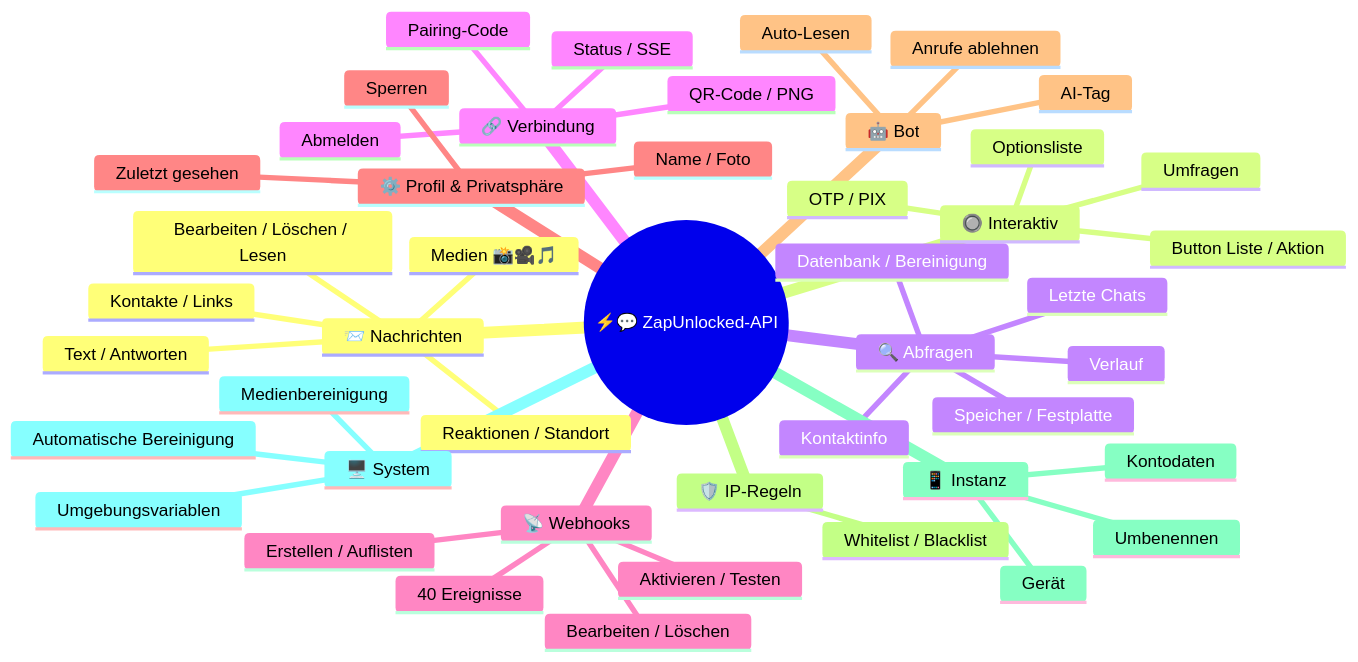
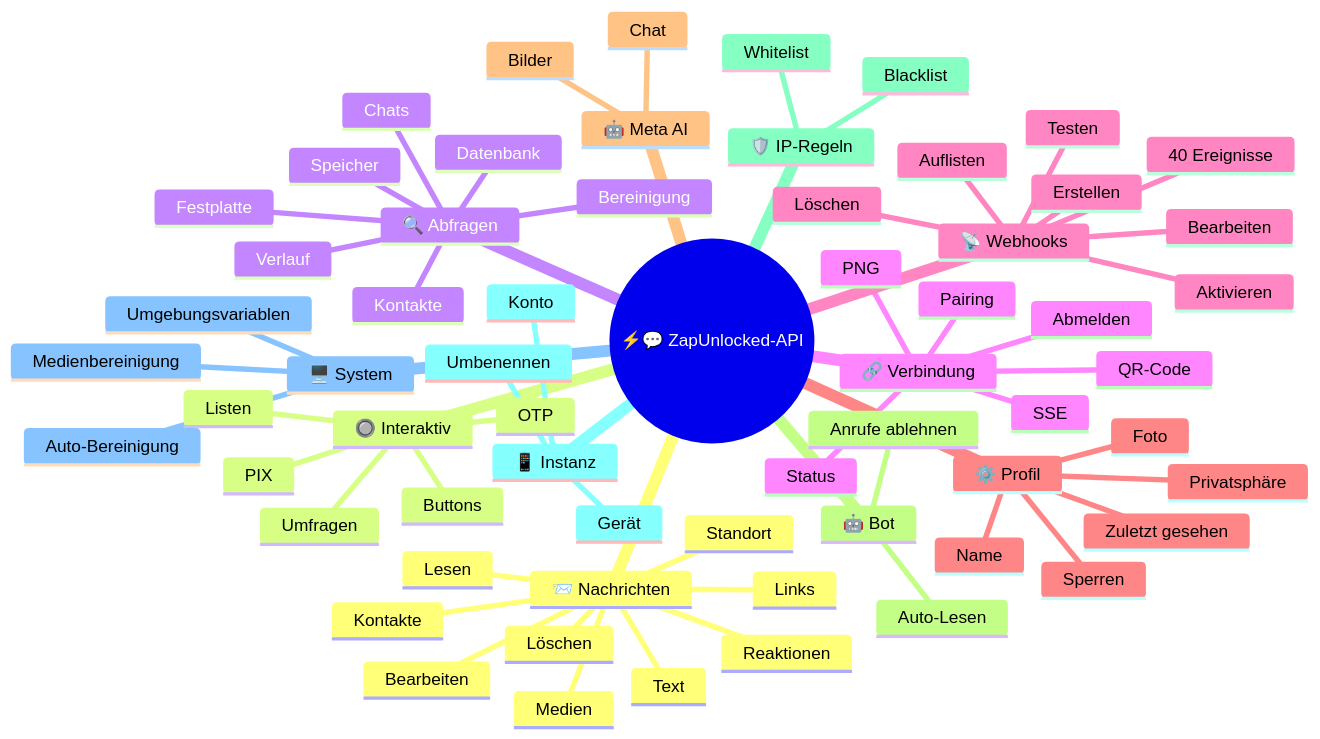
Before and after one commit to kauafpssx/ZapUnlocked-API: the first of 2 diagrams in docs/translations/de.md, drawn with Mermaid. The commit also changed other lines of this file and 12 other files, not shown here.

````diff
--- a/docs/translations/de.md
+++ b/docs/translations/de.md
@@ -55,49 +56,75 @@
 ```mermaid
 mindmap
   root((⚡💬 ZapUnlocked-API))
     📨 Nachrichten
-      Text / Antworten
-      Medien 📸🎥🎵
-      Reaktionen / Standort
-      Kontakte / Links
-      Bearbeiten / Löschen / Lesen
+      Text
+      Medien
+      Reaktionen
+      Standort
+      Kontakte
+      Links
+      Bearbeiten
+      Löschen
+      Lesen
+
     🔘 Interaktiv
-      Button Liste / Aktion
-      OTP / PIX
-      Optionsliste
+      Buttons
+      Listen
+      OTP
+      PIX
       Umfragen
+
     🔍 Abfragen
-      Kontaktinfo
+      Kontakte
       Verlauf
-      Letzte Chats
-      Speicher / Festplatte
-      Datenbank / Bereinigung
+      Chats
+      Speicher
+      Festplatte
+      Datenbank
+      Bereinigung
+
     🔗 Verbindung
-      Status / SSE
-      QR-Code / PNG
-      Pairing-Code
+      Status
+      SSE
+      QR-Code
+      PNG
+      Pairing
       Abmelden
+
     📡 Webhooks
-       Erstellen / Auflisten
-       Bearbeiten / Löschen
-       Aktivieren / Testen
-       40 Ereignisse
-    ⚙️ Profil & Privatsphäre
-      Name / Foto
+      Erstellen
+      Auflisten
+      Bearbeiten
+      Löschen
+      Aktivieren
+      Testen
+      40 Ereignisse
+
+    ⚙️ Profil
+      Name
+      Foto
+      Privatsphäre
       Zuletzt gesehen
       Sperren
+
+    🤖 Meta AI
+      Chat
+      Bilder
     🤖 Bot
-      AI-Tag
+      Auto-Lesen
       Anrufe ablehnen
-      Auto-Lesen
+
     🛡️ IP-Regeln
-      Whitelist / Blacklist
+      Whitelist
+      Blacklist
+
     📱 Instanz
-      Kontodaten
+      Konto
       Gerät
       Umbenennen
+
     🖥️ System
       Umgebungsvariablen
       Medienbereinigung
-      Automatische Bereinigung
+      Auto-Bereinigung
 ```
````
